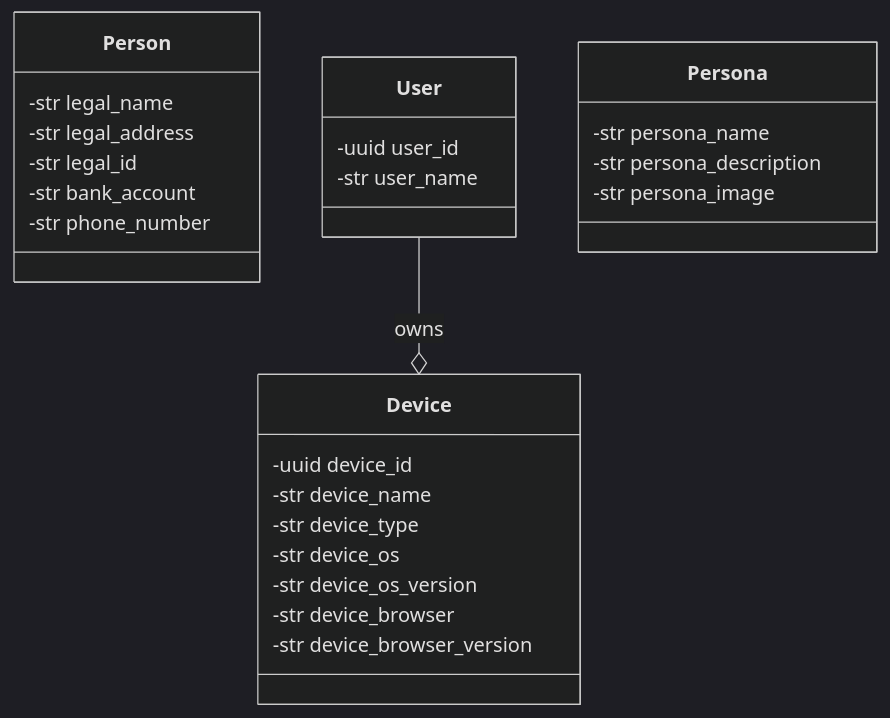
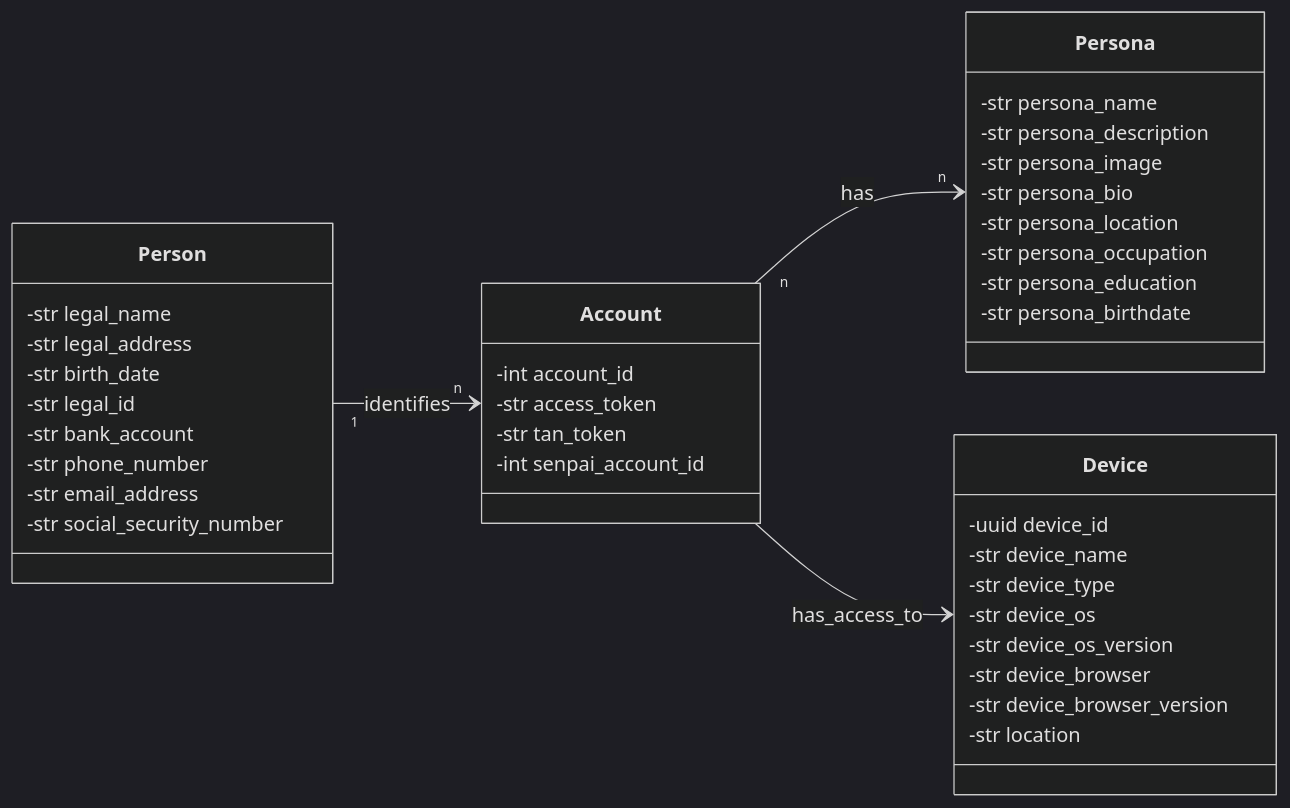
The first of 2 diagrams in Documentation/technical/voting.md (TetraPlex-org/central), drawn with Mermaid (dark theme) before and after one commit. The commit also changed other lines of this file and 3 other files, not shown here.

````diff
--- a/Documentation/technical/voting.md
+++ b/Documentation/technical/voting.md
@@ -15,34 +15,50 @@
 ```mermaid
 classDiagram
+direction LR
     class Person{
         -str legal_name
         -str legal_address
+        -str birth_date
         -str legal_id
         -str bank_account
         -str phone_number
+        -str email_address
+        -str social_security_number
     }
 
-    class User{
-        -uuid user_id
-        -str user_name
-
+    class Account{
+        -int account_id
+        %% jwt token, used to login, simplest form of authentication, can't be used to access personal data
+        -str access_token
+        %% token used by OTP (one time password) apps like google authenticator for two-factor authentication
+        -str tan_token
+        %% senpai is the account that introduced this account to the system
+        -int senpai_account_id
     }
 
     class Device{
         -uuid device_id
         -str device_name
         -str device_type
         -str device_os
         -str device_os_version
         -str device_browser
         -str device_browser_version
+        -str location
     }
 
     class Persona{
         -str persona_name
         -str persona_description
         -str persona_image
+        -str persona_bio
+        -str persona_location
+        -str persona_occupation
+        -str persona_education
+        -str persona_birthdate
     }
 
-    User --o Device : owns
+    Account "n" --> "n" Persona : has
+    Person "1" --> "n" Account : identifies
+    Account --> Device: has_access_to
 ```
````
